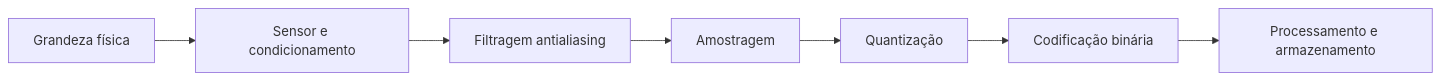
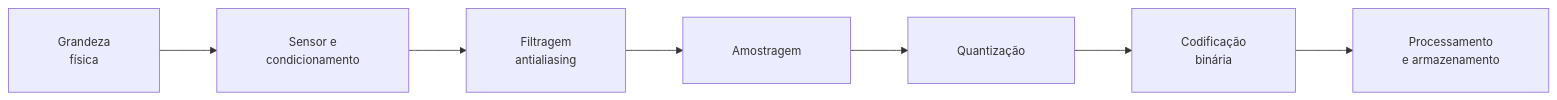
Before and after one commit to MathJSLab/mathjslab-markdown: the first of 6 diagrams in example/digital-electronics/pt/introduction-to-digital-electronics.md, drawn with Mermaid. The commit also changed other lines of this file and 2 other files, not shown here.

````diff
--- a/example/digital-electronics/pt/introduction-to-digital-electronics.md
+++ b/example/digital-electronics/pt/introduction-to-digital-electronics.md
@@ -198,9 +380,19 @@
 ```mermaid
+%%{init: {'themeVariables': {'fontSize': '14px'}, 'flowchart': {'nodeSpacing': 55, 'rankSpacing': 70, 'padding': 30, 'htmlLabels': false}}}%%
 flowchart LR
-    A["Grandeza física"] --> S["Sensor e condicionamento"]
-    S --> F["Filtragem antialiasing"]
+    A["`Grandeza
+    física`"] --> S["`Sensor e
+    condicionamento`"]
+
+    S --> F["`Filtragem
+    antialiasing`"]
+
     F --> H["Amostragem"]
     H --> Q["Quantização"]
-    Q --> C["Codificação binária"]
-    C --> P["Processamento e armazenamento"]
+
+    Q --> C["`Codificação
+    binária`"]
+
+    C --> P["`Processamento
+    e armazenamento`"]
 ```
````
